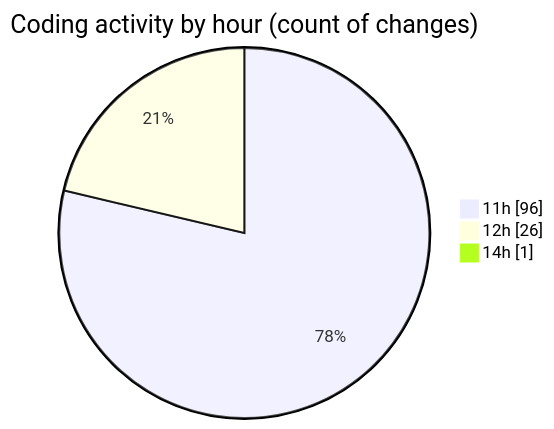
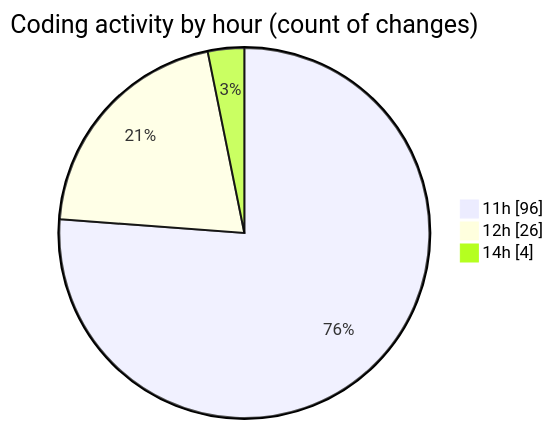
Before and after one commit to nxtqubesakshisongat/code-tracking: the second of 2 diagrams in 2026-03-16/nxtqube_webapp/README.md, drawn with Mermaid. The commit also changed other lines of this file and 1 other file, not shown here.

````diff
--- a/2026-03-16/nxtqube_webapp/README.md
+++ b/2026-03-16/nxtqube_webapp/README.md
@@ -68,7 +70,7 @@
 ```mermaid
 pie showData
 title Coding activity by hour (count of changes)
 "11h" : 96
 "12h" : 26
-"14h" : 1
+"14h" : 4
 ```
````
